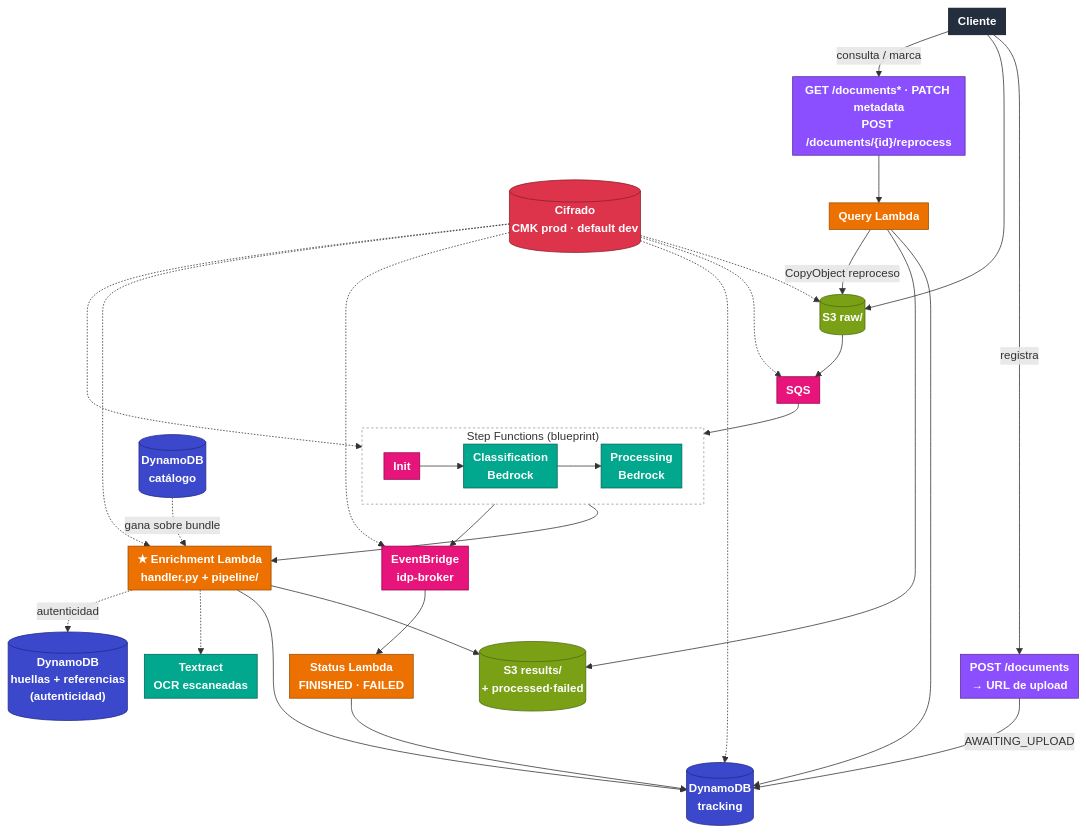
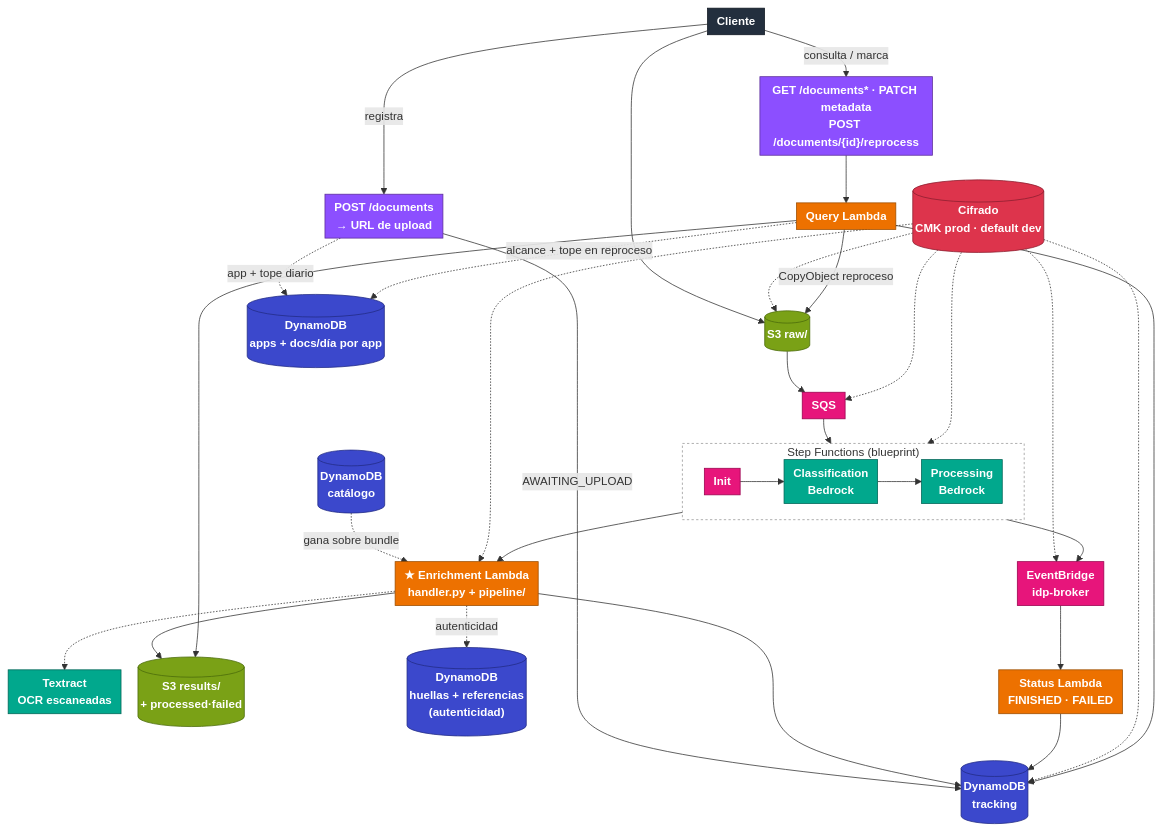
The diagram in documentacion/diagrams/arquitectura-aws.mmd (LuisHM5/idp), drawn with Mermaid before and after one commit. The commit also changed 24 other files, not shown here.

First line of the commit message:
feat: implement daily document limit for apps with DynamoDB tracking

```diff
--- a/documentacion/diagrams/arquitectura-aws.mmd
+++ b/documentacion/diagrams/arquitectura-aws.mmd
@@ -1,62 +1,65 @@
 %%{init: {'flowchart': {'nodeSpacing': 22, 'rankSpacing': 32, 'padding': 6, 'curve': 'basis'}, 'themeVariables': {'fontSize': '15px'}}}%%
 flowchart TB
     CLIENTE["Cliente"]:::client
 
     UP["POST /documents<br/>→ URL de upload"]:::network
     QG["GET /documents* · PATCH metadata<br/>POST /documents/{id}/reprocess"]:::network
 
     RAW[("S3 raw/")]:::storage
     SQS["SQS"]:::integration
 
     subgraph SFN["Step Functions (blueprint)"]
         direction LR
         INIT["Init"] --> CLS["Classification<br/>Bedrock"] --> PROC["Processing<br/>Bedrock"]
     end
 
     LAMBDA["★ Enrichment Lambda<br/>handler.py + pipeline/"]:::compute
     TX["Textract<br/>OCR escaneadas"]:::ml
 
     RES[("S3 results/<br/>+ processed·failed")]:::storage
     DDBT[("DynamoDB<br/>tracking")]:::database
     DDBC[("DynamoDB<br/>catálogo")]:::database
     DDBF[("DynamoDB<br/>huellas + referencias<br/>(autenticidad)")]:::database
+    DDBA[("DynamoDB<br/>apps + docs/día por app")]:::database
     EB["EventBridge<br/>idp-broker"]:::integration
     STATUS["Status Lambda<br/>FINISHED · FAILED"]:::compute
     KMSN[("Cifrado<br/>CMK prod · default dev")]:::security
     QL["Query Lambda"]:::compute
 
     CLIENTE -->|"registra"| UP
     UP -->|"AWAITING_UPLOAD"| DDBT
+    UP -.->|"app + tope diario"| DDBA
     CLIENTE --> RAW
     RAW --> SQS --> SFN --> LAMBDA
     LAMBDA --> RES
     LAMBDA --> DDBT
     SFN --> EB
     EB --> STATUS --> DDBT
     LAMBDA -.-> TX
     LAMBDA -.->|"autenticidad"| DDBF
     DDBC -.->|"gana sobre bundle"| LAMBDA
     KMSN -.-> RAW
     KMSN -.-> SQS
     KMSN -.-> SFN
     KMSN -.-> DDBT
     KMSN -.-> EB
     KMSN -.-> LAMBDA
 
     CLIENTE -->|"consulta / marca"| QG --> QL
     QL --> DDBT
+    QL -.->|"alcance + tope en reproceso"| DDBA
     QL --> RES
     QL -->|"CopyObject reproceso"| RAW
 
     classDef compute fill:#ED7100,stroke:#9D4E00,color:#fff,font-weight:bold
     classDef storage fill:#7AA116,stroke:#4B6B0B,color:#fff,font-weight:bold
     classDef database fill:#3B48CC,stroke:#232B85,color:#fff,font-weight:bold
     classDef integration fill:#E7157B,stroke:#99034F,color:#fff,font-weight:bold
     classDef network fill:#8C4FFF,stroke:#5C2D99,color:#fff,font-weight:bold
     classDef security fill:#DD344C,stroke:#8C1F30,color:#fff,font-weight:bold
     classDef ml fill:#01A88D,stroke:#016657,color:#fff,font-weight:bold
     classDef client fill:#232F3E,stroke:#0F1620,color:#fff,font-weight:bold
 
     class INIT integration
     class CLS,PROC ml
     style SFN fill:transparent,stroke:#999,stroke-width:1px,stroke-dasharray: 3 3,color:#333
```
